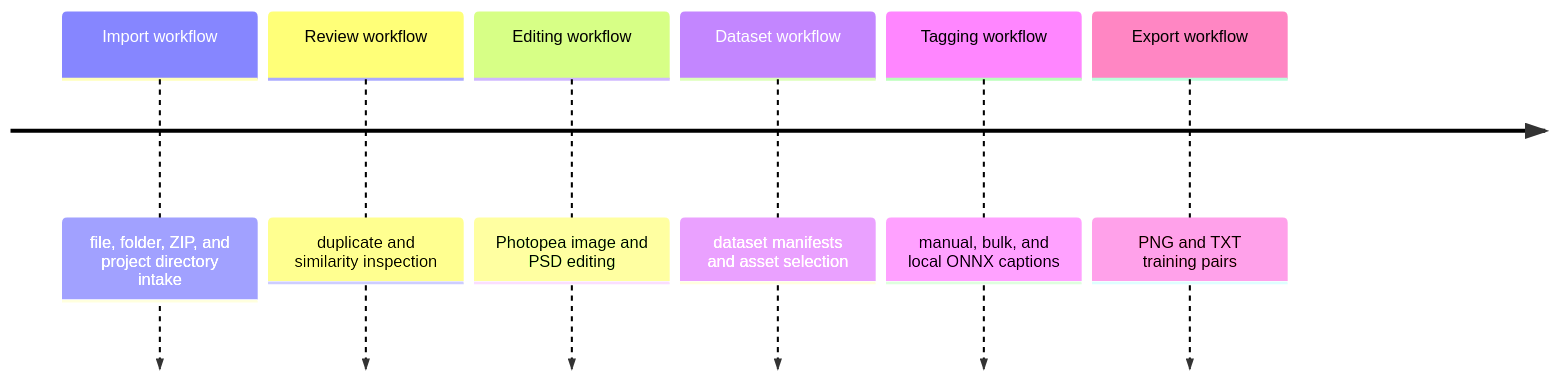
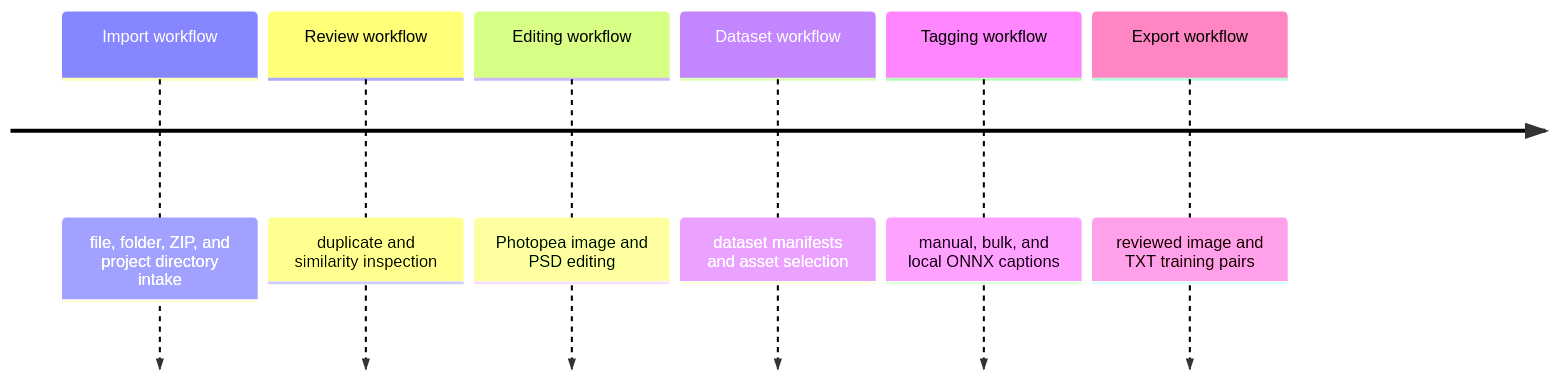
The second of 3 diagrams in README.md (cabinet-being/dataset-creator), drawn with Mermaid before and after one commit. The commit also changed other lines of this file, not shown here.

````diff
--- a/README.md
+++ b/README.md
@@ -233,9 +271,9 @@
 ```mermaid
 timeline
     Import workflow : file, folder, ZIP, and project directory intake
     Review workflow : duplicate and similarity inspection
     Editing workflow : Photopea image and PSD editing
     Dataset workflow : dataset manifests and asset selection
     Tagging workflow : manual, bulk, and local ONNX captions
-    Export workflow : PNG and TXT training pairs
+    Export workflow : reviewed image and TXT training pairs
 ```
````
